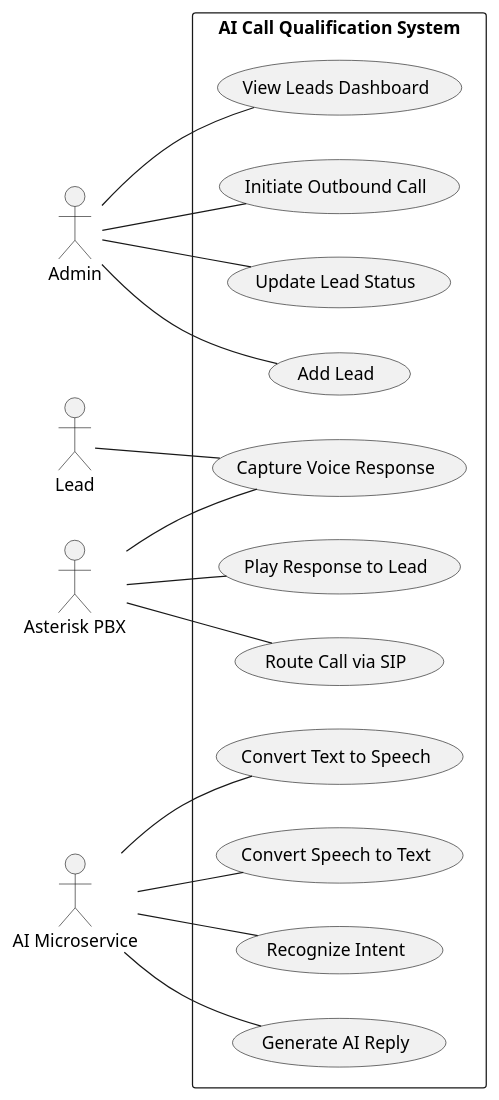
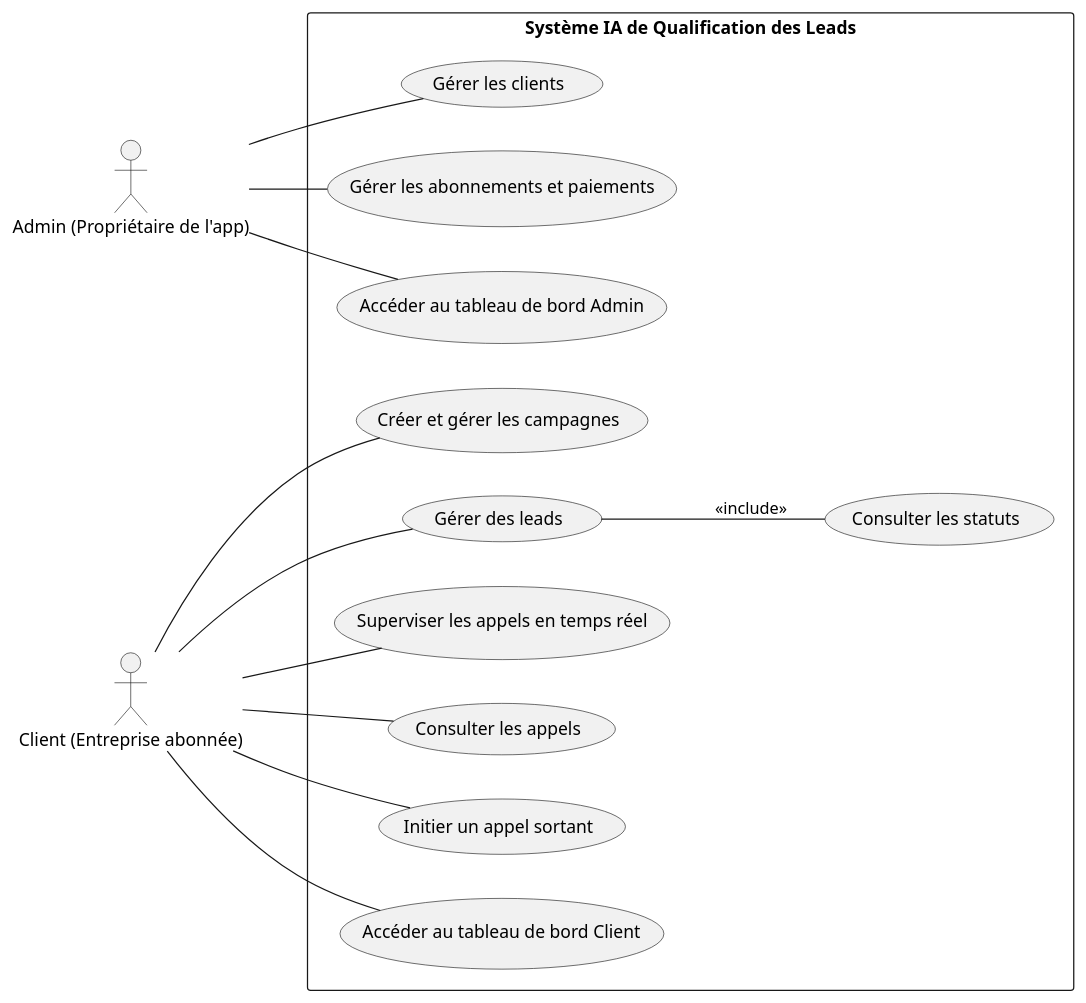
Before and after one commit to Tribak-Ayoub/AI-Voice-Assistant: the diagram in Functional-Branch/Use-Case/Use-Case-V2.puml, drawn with PlantUML. The commit also changed 6 other files, not shown here.

```diff
--- a/Functional-Branch/Use-Case/Use-Case-V2.puml
+++ b/Functional-Branch/Use-Case/Use-Case-V2.puml
@@ -1,41 +1,36 @@
 @startuml
 left to right direction
+skinparam packageStyle rectangle
 
-actor Admin
-actor Lead
-actor "Asterisk PBX"
-actor "AI Microservice"
+actor "Admin (Propriétaire de l'app)" as Admin
+actor "Client (Entreprise abonnée)" as Client
 
-rectangle "AI Call Qualification System" {
+rectangle "Système IA de Qualification des Leads" {
 
-  usecase "Add Lead"
-  usecase "View Leads Dashboard"
-  usecase "Initiate Outbound Call"
-  usecase "Route Call via SIP"
-  usecase "Capture Voice Response"
-  usecase "Convert Speech to Text"
-  usecase "Recognize Intent"
-  usecase "Generate AI Reply"
-  usecase "Convert Text to Speech"
-  usecase "Play Response to Lead"
-  usecase "Update Lead Status"
-
+  usecase "Gérer les clients" as UC1
+  usecase "Gérer les abonnements et paiements" as UC2
+  usecase "Créer et gérer les campagnes" as UC3
+  usecase "Gérer des leads" as UC4
+  usecase "Superviser les appels en temps réel" as UC5
+  usecase "Accéder au tableau de bord Admin" as UC6
+  usecase "Consulter les appels" as UC7
+  usecase "Initier un appel sortant" as UC8
+  usecase "Accéder au tableau de bord Client" as UC9
+  usecase "Consulter les statuts" as UC10
 }
 
-Admin -- "Add Lead"
-Admin -- "View Leads Dashboard"
-Admin -- "Initiate Outbound Call"
-Admin -- "Update Lead Status"
+' === Associations ===
+Admin -- UC1
+Admin -- UC2
+Admin -- UC6
 
-Lead -- "Capture Voice Response"
+Client -- UC3
+Client -- UC4
+Client -- UC5
 
-"Asterisk PBX" -- "Route Call via SIP"
-"Asterisk PBX" -- "Capture Voice Response"
-"Asterisk PBX" -- "Play Response to Lead"
+Client -- UC9
+Client -- UC7
+Client -- UC8
 
-"AI Microservice" -- "Convert Speech to Text"
-"AI Microservice" -- "Recognize Intent"
-"AI Microservice" -- "Generate AI Reply"
-"AI Microservice" -- "Convert Text to Speech"
-
+UC4 -- UC10 : <<include>>
 @enduml
```
